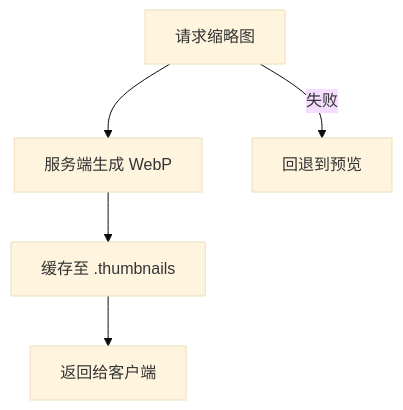
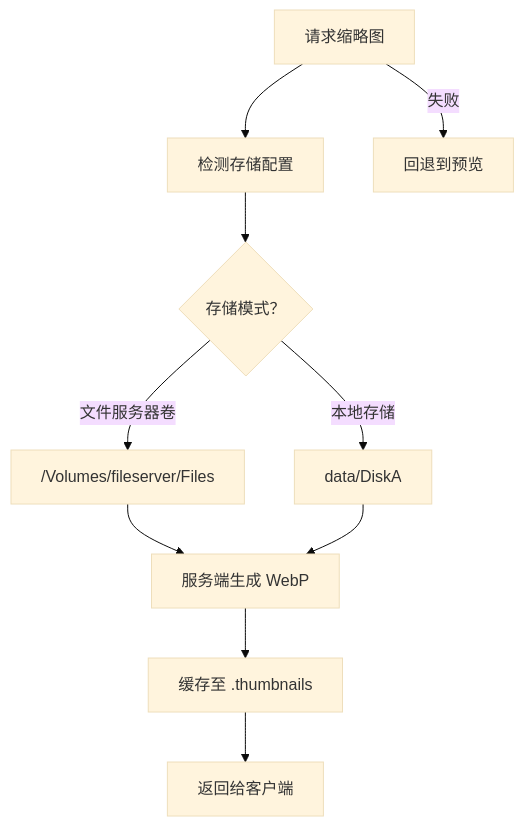
Before and after one commit to CubeEdge/Longhorn: the seventh of 10 diagrams in .qoder/repowiki/zh/content/文件管理系统/文件管理系统.md, drawn with Mermaid (base theme). The commit also changed other lines of this file and 26 other files, not shown here.

````diff
--- a/.qoder/repowiki/zh/content/文件管理系统/文件管理系统.md
+++ b/.qoder/repowiki/zh/content/文件管理系统/文件管理系统.md
@@ -309,7 +361,12 @@
 ```mermaid
 flowchart TD
-Req["请求缩略图"] --> Gen["服务端生成 WebP"]
+Req["请求缩略图"] --> DetectStorage["检测存储配置"]
+DetectStorage --> PathMode{"存储模式？"}
+PathMode --> |文件服务器卷| FileServer["/Volumes/fileserver/Files"]
+PathMode --> |本地存储| LocalStorage["data/DiskA"]
+FileServer --> Gen["服务端生成 WebP"]
+LocalStorage --> Gen
 Gen --> Cache["缓存至 .thumbnails"]
 Cache --> Serve["返回给客户端"]
 Req --> |失败| Fallback["回退到预览"]
 ```
````
